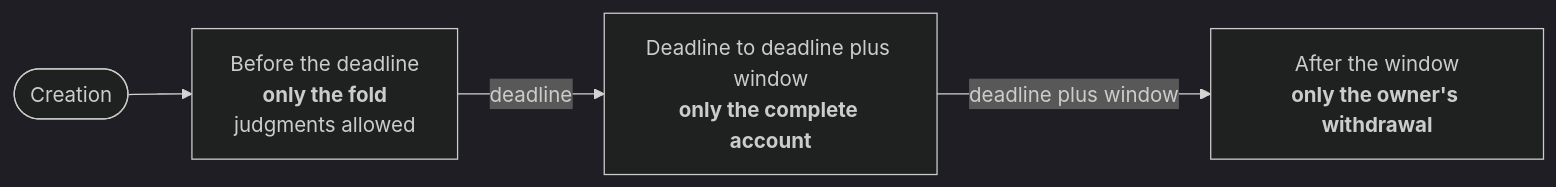
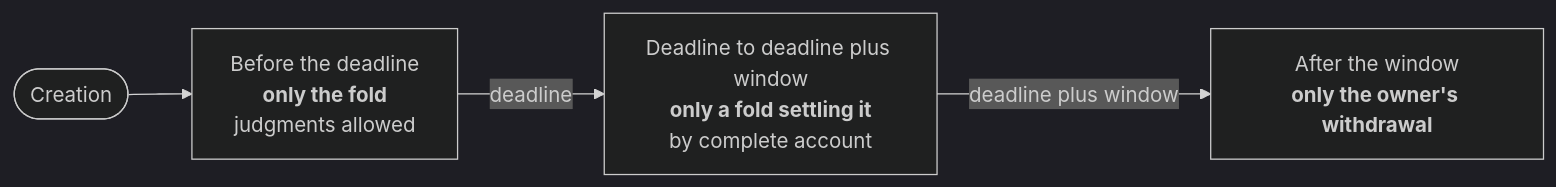
Before and after one commit to cardano-foundation/cardano-mpfs-onchain: the second of 7 diagrams in docs/design/registries/lifecycle.md, drawn with Mermaid (dark theme). The commit also changed other lines of this file and 8 other files, not shown here.

Commit message:
docs(specs): oracle identities, fees in the cage, claims and complete accounts as fold items

````diff
--- a/docs/design/registries/lifecycle.md
+++ b/docs/design/registries/lifecycle.md
@@ -34,6 +34,6 @@
 ```mermaid
 flowchart LR
   create([Creation]) --> foldw["Before the deadline<br/><b>only the fold</b><br/>judgments allowed"]
-  foldw -- "deadline" --> settlew["Deadline to deadline plus window<br/><b>only the complete account</b>"]
+  foldw -- "deadline" --> settlew["Deadline to deadline plus window<br/><b>only a fold settling it</b><br/>by complete account"]
   settlew -- "deadline plus window" --> withdraww["After the window<br/><b>only the owner's withdrawal</b>"]
 ```
````
